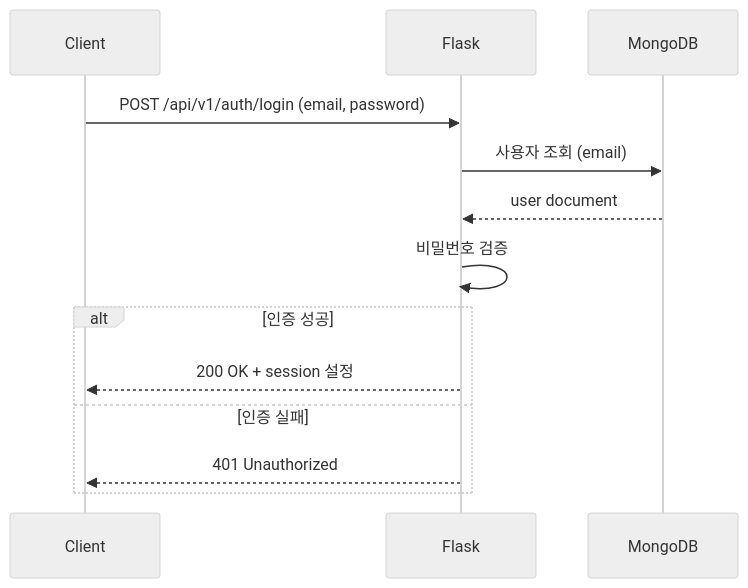
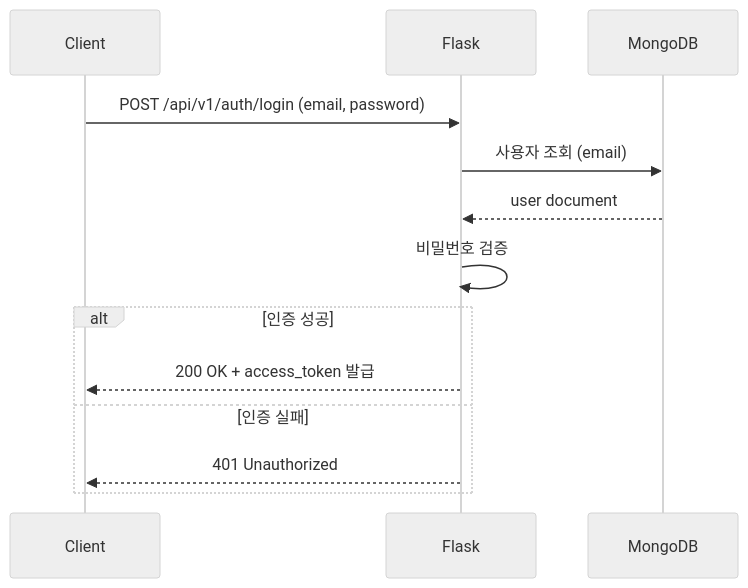
The seventh of 10 diagrams in README.md (tail1887/jungle-soop), drawn with Mermaid (neutral theme) before and after one commit. The commit also changed other lines of this file and 4 other files, not shown here.

````diff
--- a/README.md
+++ b/README.md
@@ -258,16 +258,16 @@
 ```mermaid
 sequenceDiagram
     participant C as Client
     participant F as Flask
     participant D as MongoDB
 
     C->>F: POST /api/v1/auth/login (email, password)
     F->>D: 사용자 조회 (email)
     D-->>F: user document
     F->>F: 비밀번호 검증
     alt 인증 성공
-        F-->>C: 200 OK + session 설정
+        F-->>C: 200 OK + access_token 발급
     else 인증 실패
         F-->>C: 401 Unauthorized
     end
 ```
````
